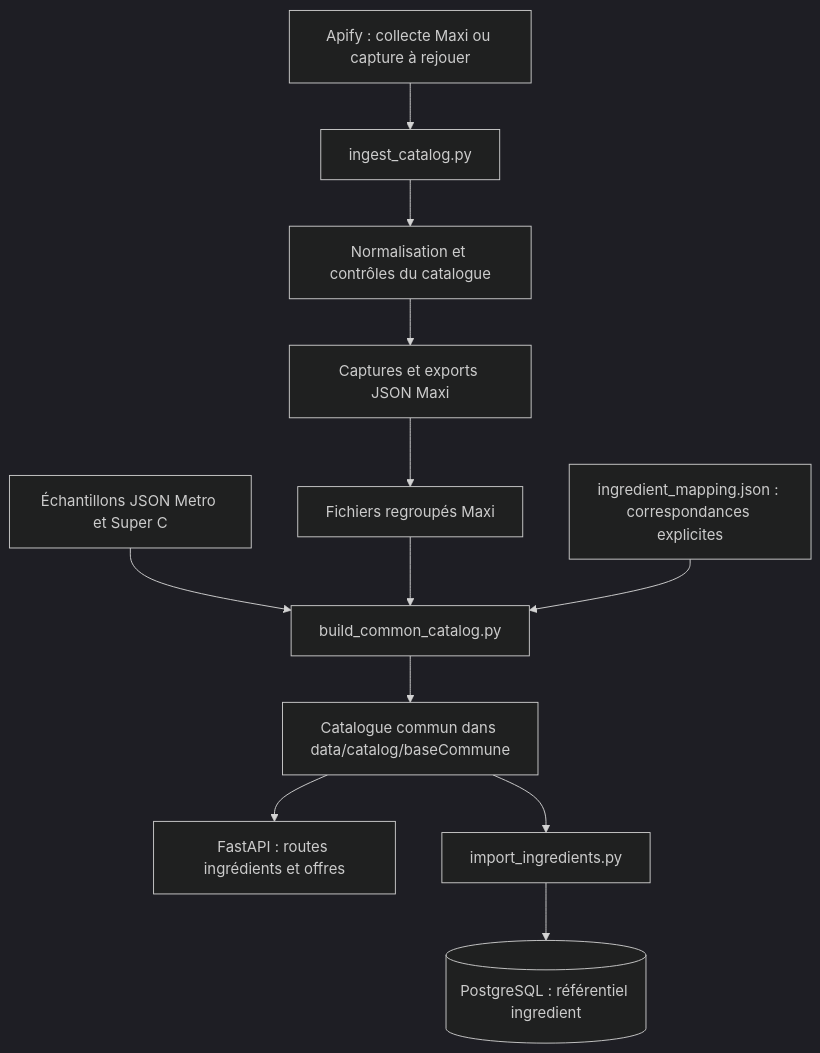
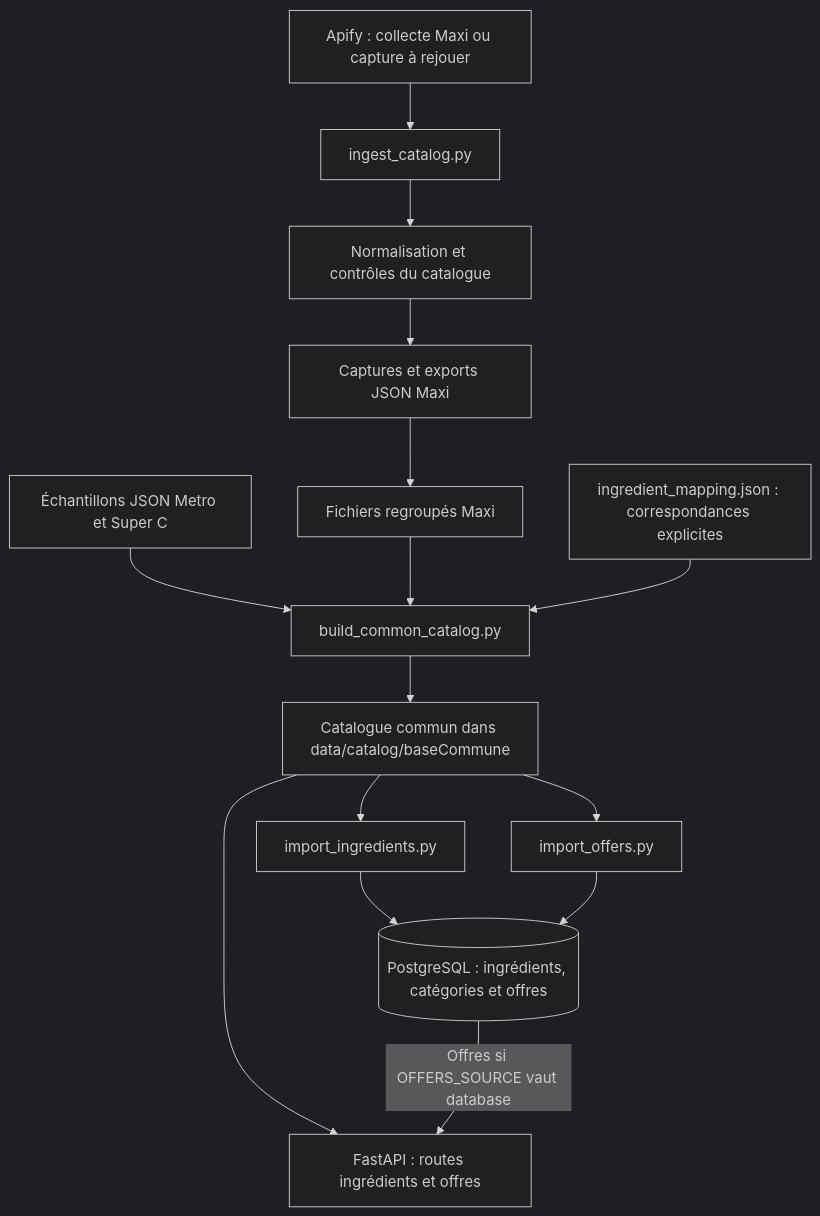
One commit to EnzoT454/OptiMeal changed diagram 13 of 16 in README-fonctionnement.md. Above: the diagram before and after it, drawn with Mermaid (dark theme). The commit also changed other lines of this file, not shown here.

Commit message:
mettre a jour schemas de fonctionnement

````diff
--- a/README-fonctionnement.md
+++ b/README-fonctionnement.md
@@ -318,14 +373,17 @@
 ```mermaid
 flowchart TD
     A[Apify : collecte Maxi ou capture à rejouer] --> C[ingest_catalog.py]
     C --> N[Normalisation et contrôles du catalogue]
     N --> J[Captures et exports JSON Maxi]
     J --> F[Fichiers regroupés Maxi]
     E[Échantillons JSON Metro et Super C] --> B[build_common_catalog.py]
     F --> B
     M[ingredient_mapping.json : correspondances explicites] --> B
     B --> K[Catalogue commun dans data/catalog/baseCommune]
     K --> P[FastAPI : routes ingrédients et offres]
     K --> I[import_ingredients.py]
-    I --> D[(PostgreSQL : référentiel ingredient)]
+    I --> D[(PostgreSQL : ingrédients, catégories et offres)]
+    K --> O[import_offers.py]
+    O --> D
+    D -->|Offres si OFFERS_SOURCE vaut database| P
 ```
````
